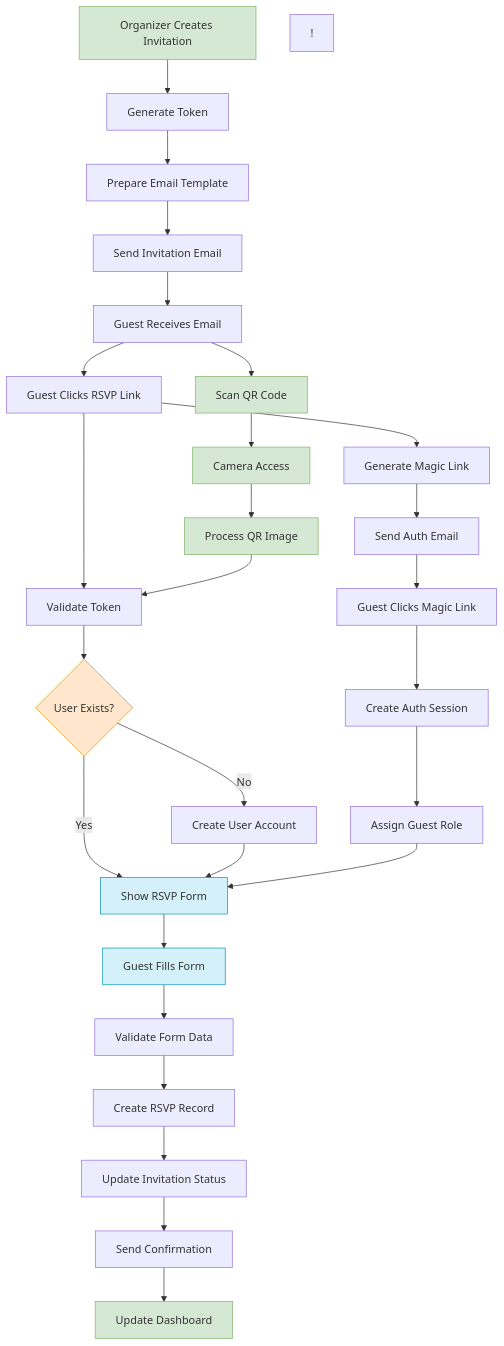
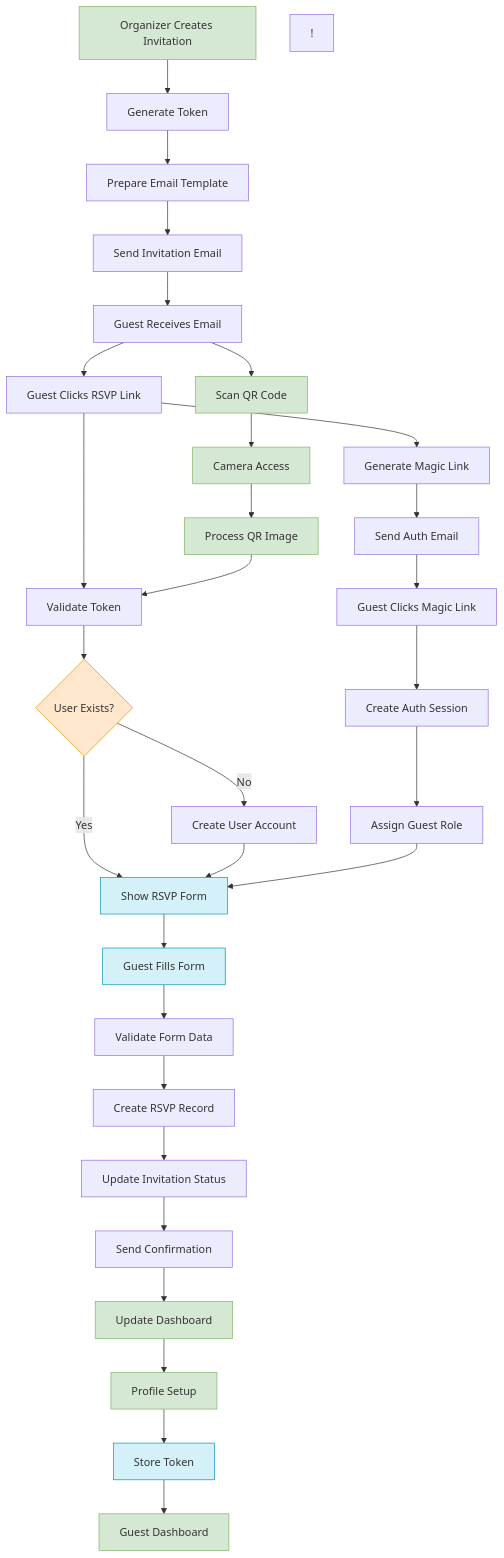
Before and after one commit to mrj0nesmtl/cloud-burst: the diagram in docs/user-flows/invitation and RSVP system flow.md, drawn with Mermaid. The commit also changed other lines of this file and 16 other files, not shown here.

````diff
--- a/docs/user-flows/invitation and RSVP system flow.md
+++ b/docs/user-flows/invitation and RSVP system flow.md
@@ -5,42 +5,48 @@
 ```mermaid
 graph TD
     A[Organizer Creates Invitation] --> B[Generate Token]
     B --> C[Prepare Email Template]
     C --> D[Send Invitation Email]
     D --> E[Guest Receives Email]
     E --> F[Guest Clicks RSVP Link]
     
     F --> G[Validate Token]
     G --> H{User Exists?}
     H -->|No| I[Create User Account]
     H -->|Yes| J[Show RSVP Form]
     I --> J
     
     F --> K[Generate Magic Link]
     K --> L[Send Auth Email]
     L --> M[Guest Clicks Magic Link]
     M --> N[Create Auth Session]
     N --> O[Assign Guest Role]
     O --> J
     
     J --> P[Guest Fills Form]
     P --> Q[Validate Form Data]
     Q --> R[Create RSVP Record]
     R --> S[Update Invitation Status]
     S --> T[Send Confirmation]
     T --> U[Update Dashboard]
+    U --> AA[Profile Setup]
+    AA --> AB[Store Token]
+    AB --> AC[Guest Dashboard]
 !
     E --> V[Scan QR Code]
     V --> W[Camera Access]
     W --> X[Process QR Image]
     X --> G
     
     style A fill:#d5e8d4,stroke:#82b366
     style H fill:#ffe6cc,stroke:#d79b00
     style J fill:#d4f1f9,stroke:#0095b6
     style P fill:#d4f1f9,stroke:#0095b6
     style U fill:#d5e8d4,stroke:#82b366
     style V fill:#d5e8d4,stroke:#82b366
     style W fill:#d5e8d4,stroke:#82b366
     style X fill:#d5e8d4,stroke:#82b366
+    style AA fill:#d5e8d4,stroke:#82b366
+    style AB fill:#d4f1f9,stroke:#0095b6
+    style AC fill:#d5e8d4,stroke:#82b366
 ```
````
